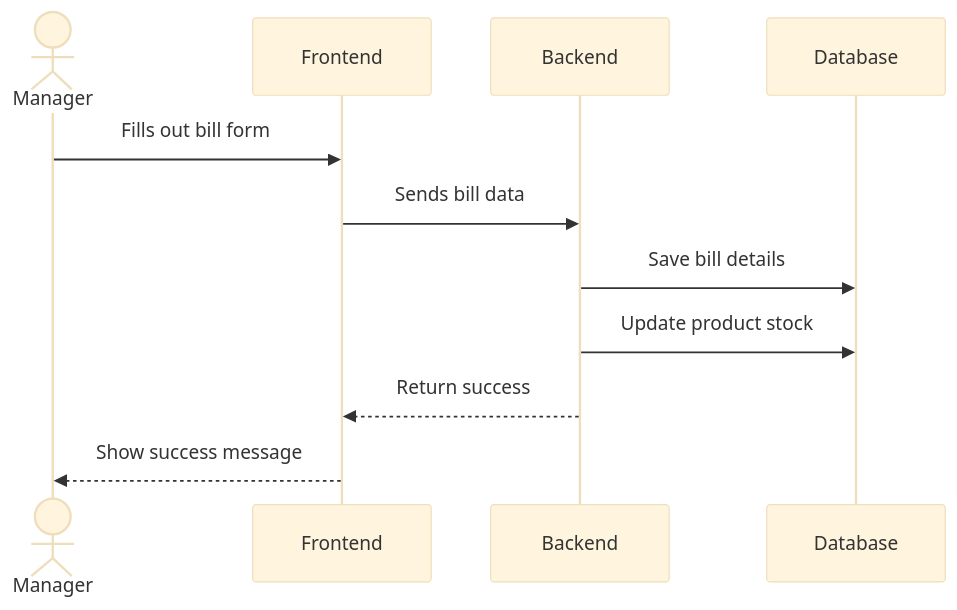
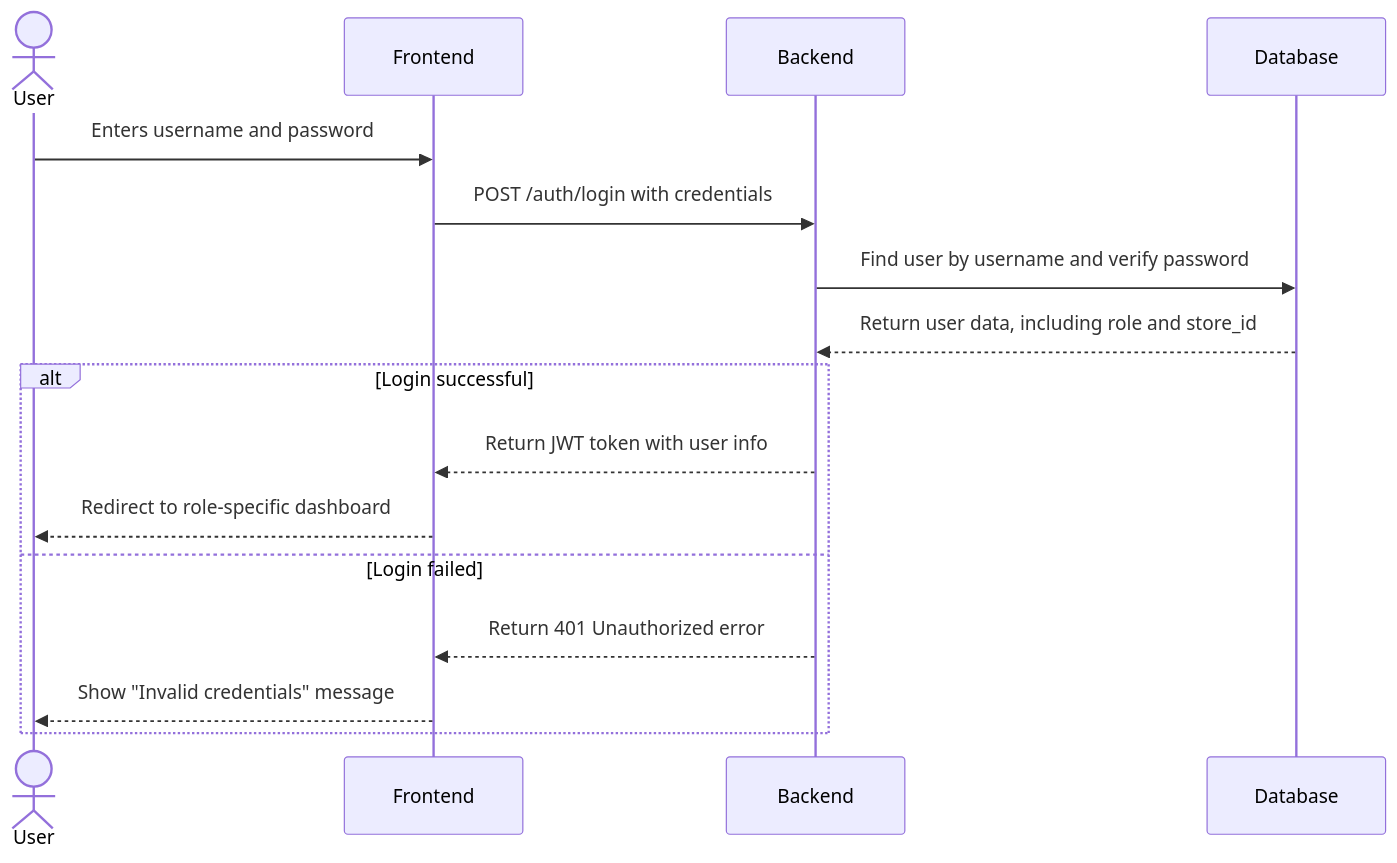
One commit to rohitagarwal-gkmit/retailpulse-docs changed the first of 6 diagrams in docs/technical/data_flow.md. Above: the diagram before and after it, drawn with Mermaid. The commit also changed other lines of this file and 8 other files, not shown here.

Commit message:
[refactor]: update future enhancements, index overview, API design, authentication flow, data flow diagrams, schema design, and use cases to detail for multi-store management and inventory tracking.

````diff
--- a/docs/technical/data_flow.md
+++ b/docs/technical/data_flow.md
@@ -7,15 +10,19 @@
 ```mermaid
-%%{init: {'theme':'base', 'themeVariables': { 'fontSize':'18px', 'fontFamily':'Arial'}}}%%
 sequenceDiagram
-    actor Manager
+    actor User
     participant UI as Frontend
     participant API as Backend
     participant DB as Database
-    
-    Manager->>UI: Fills out bill form
-    UI->>API: Sends bill data
-    API->>DB: Save bill details
-    API->>DB: Update product stock
-    API-->>UI: Return success
-    UI-->>Manager: Show success message
+
+    User->>UI: Enters username and password
+    UI->>API: POST /auth/login with credentials
+    API->>DB: Find user by username and verify password
+    DB-->>API: Return user data, including role and store_id
+    alt Login successful
+        API-->>UI: Return JWT token with user info
+        UI-->>User: Redirect to role-specific dashboard
+    else Login failed
+        API-->>UI: Return 401 Unauthorized error
+        UI-->>User: Show "Invalid credentials" message
+    end
 ```
````
